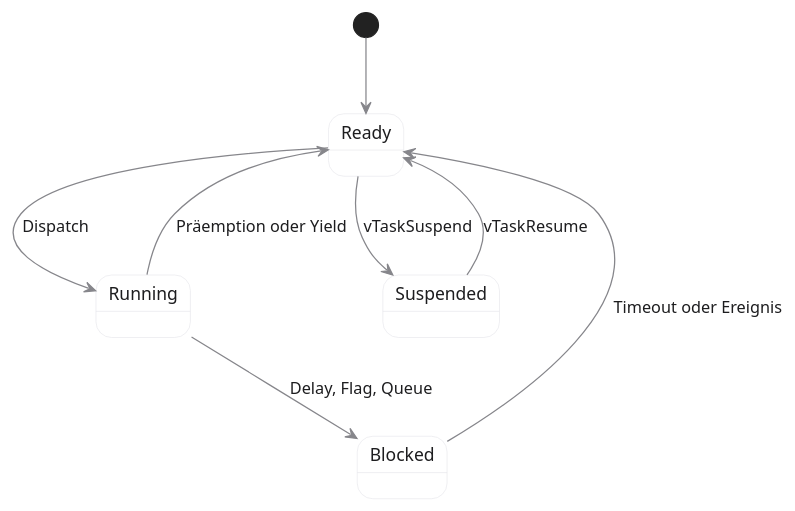
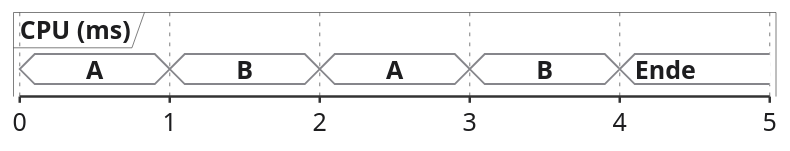
The fourth of 8 diagrams in vorlesungen/03_einfuehrung-rtos.qmd (dantschi/echtzeitsysteme), drawn with PlantUML before and after one commit. The commit also changed other lines of this file and 4 other files, not shown here.

````diff
--- a/vorlesungen/03_einfuehrung-rtos.qmd
+++ b/vorlesungen/03_einfuehrung-rtos.qmd
@@ -402,17 +458,44 @@
 ```{.plantuml}
 @startuml
 skinparam backgroundColor transparent
 skinparam defaultFontName "Inter, sans-serif"
 skinparam defaultFontColor #1D1D1F
 skinparam ArrowColor #86868B
-skinparam StateBackgroundColor #FFFFFF
-skinparam StateBorderColor #E5E5EA
-[*] --> Ready
-Ready --> Running : Dispatch
-Running --> Ready : Präemption oder Yield
-Running --> Blocked : Delay, Flag, Queue
-Blocked --> Ready : Timeout oder Ereignis
-Ready --> Suspended : vTaskSuspend
-Suspended --> Ready : vTaskResume
+skinparam NoteBackgroundColor #F5F5F7
+skinparam NoteBorderColor #E5E5EA
+skinparam defaultFontSize 20
+skinparam timing {
+  BackgroundColor #FFFFFF
+  BorderColor #E5E5EA
+  LineColor #1D1D1F
+  SignalColor #E2001A
+}
+<style>
+timingDiagram {
+  FontName SansSerif
+  robust {
+    LineColor #E2001A
+    BackgroundColor #FFFFFF
+    FontColor #1D1D1F
+  }
+  concise {
+    LineColor #86868B
+    BackgroundColor #FFFFFF
+    FontColor #1D1D1F
+  }
+}
+</style>
+scale 1 as 120 pixels
+concise "CPU (ms)" as C
+@0
+C is A
+@1
+C is B
+@2
+C is A
+@3
+C is B
+@4
+C is Ende
 @enduml
 ```
````
